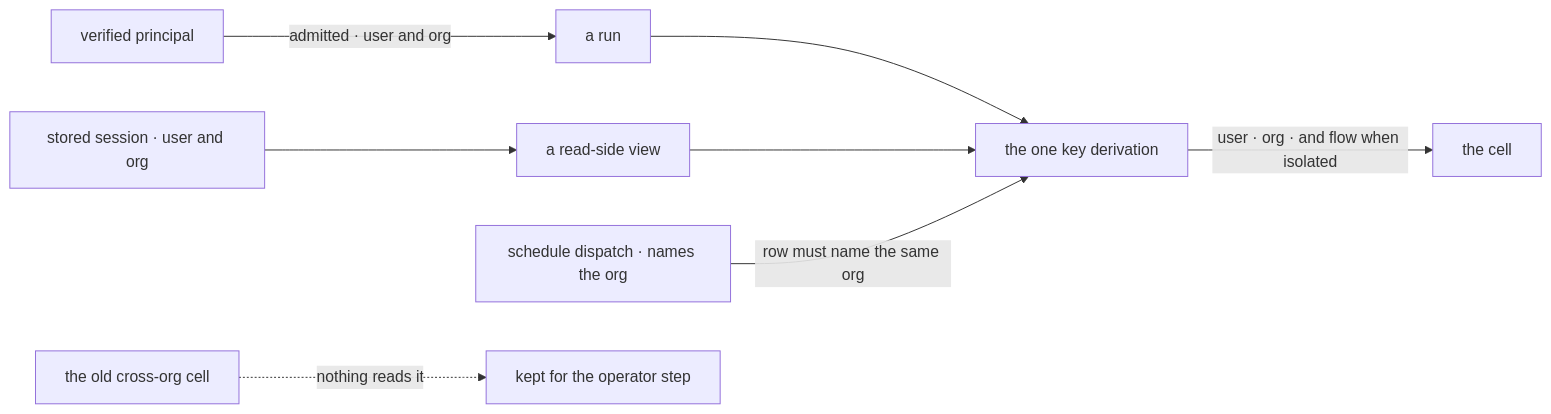
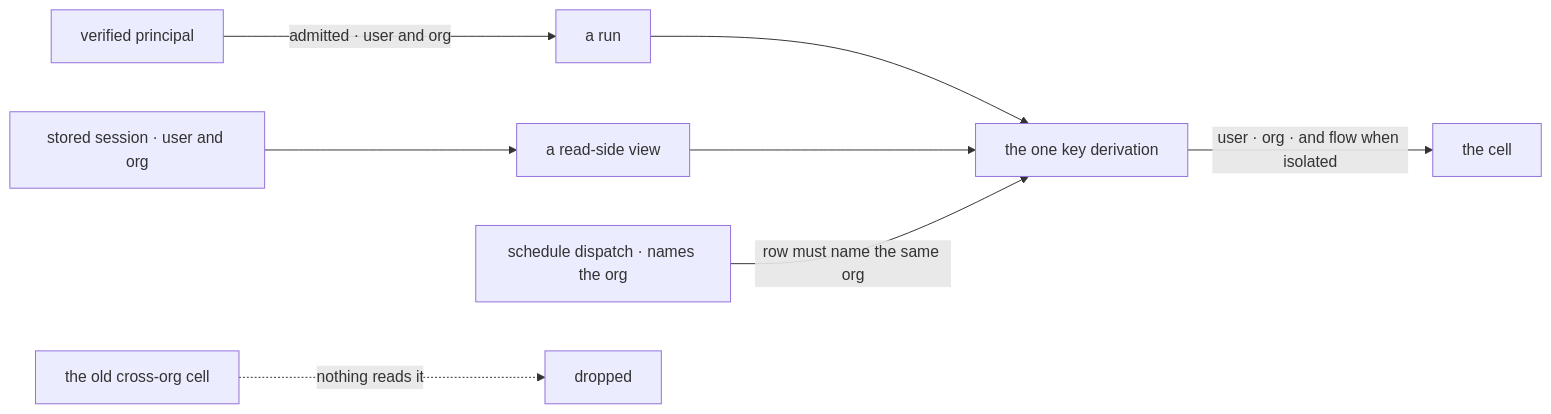
One commit to fixpoint-labs/flow-state-dev changed the second of 2 diagrams in specs/issues/FIX-1790/SPEC.md. Above: the diagram before and after it, drawn with Mermaid. The commit also changed other lines of this file and 37 other files, not shown here.

````diff
--- a/specs/issues/FIX-1790/SPEC.md
+++ b/specs/issues/FIX-1790/SPEC.md
@@ -73,10 +70,10 @@
 ```mermaid
 flowchart LR
   P["verified principal"] -->|"admitted · user and org"| R["a run"]
   S["stored session · user and org"] --> V["a read-side view"]
   R --> K["the one key derivation"]
   V --> K
   T["schedule dispatch · names the org"] -->|"row must name the same org"| K
   K -->|"user · org · and flow when isolated"| C["the cell"]
-  O["the old cross-org cell"] -.->|"nothing reads it"| X["kept for the operator step"]
+  O["the old cross-org cell"] -.->|"nothing reads it"| X["dropped"]
 ```
````
